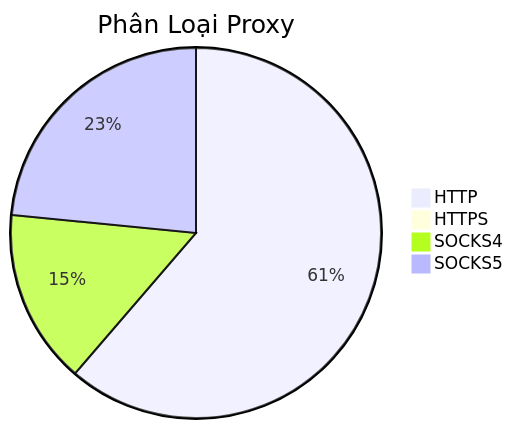
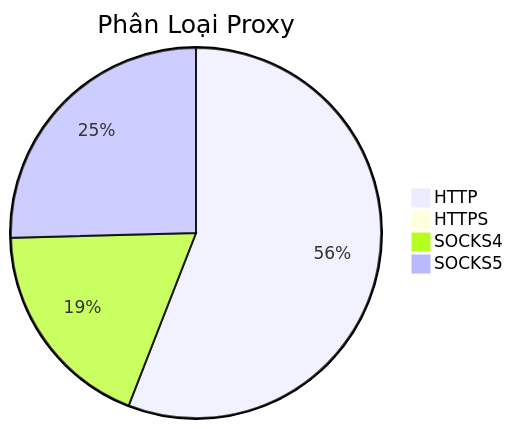
Before and after one commit to Ciara-12/PROXY-free: the diagram in README.md, drawn with Mermaid. The commit also changed other lines of this file and 4 other files, not shown here.

````diff
--- a/README.md
+++ b/README.md
@@ -26,7 +26,7 @@
 ```mermaid
 pie title Phân Loại Proxy
-    "HTTP" : 905
-    "HTTPS" : 0
-    "SOCKS4" : 225
-    "SOCKS5" : 346
+    "HTTP" : 737
+    "HTTPS" : 1
+    "SOCKS4" : 246
+    "SOCKS5" : 335
 ```
````
